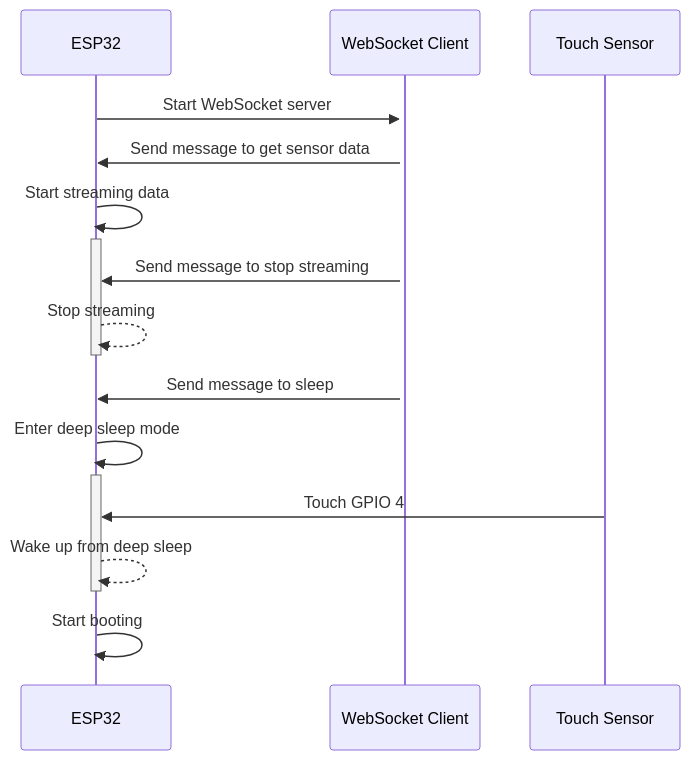
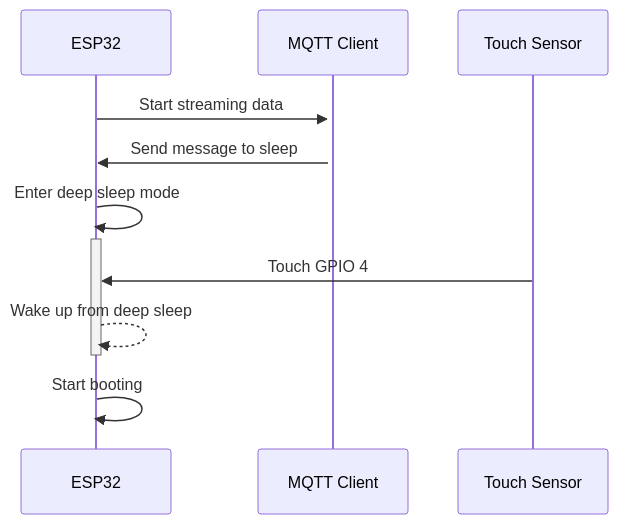
One commit to OpenCMM/hakaru changed the diagram in README.md. Above: the diagram before and after it, drawn with Mermaid. The commit also changed other lines of this file and 2 other files, not shown here.

First line of the commit message:
Mqtt (#8)

````diff
--- a/README.md
+++ b/README.md
@@ -4,17 +4,13 @@
 ```mermaid
 sequenceDiagram
     participant ESP32 as ESP32
-    participant Client as WebSocket Client
+    participant Client as MQTT Client
     participant TouchSensor as Touch Sensor
 
-    ESP32->>+Client: Start WebSocket server
-    Client->>ESP32: Send message to get sensor data
-    ESP32->>+ESP32: Start streaming data
-    Client->>ESP32: Send message to stop streaming
-    ESP32-->>-ESP32: Stop streaming
+    ESP32->>+Client: Start streaming data
     Client->>ESP32: Send message to sleep
     ESP32->>+ESP32: Enter deep sleep mode
     TouchSensor->>ESP32: Touch GPIO 4
     ESP32-->>-ESP32: Wake up from deep sleep
     ESP32->>+ESP32: Start booting
 ```
````
